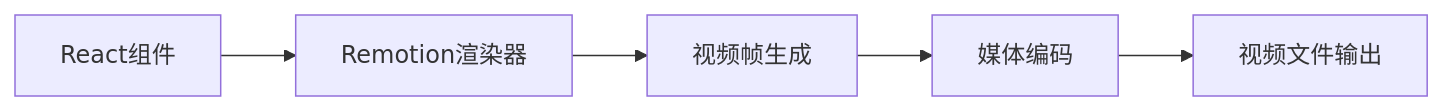
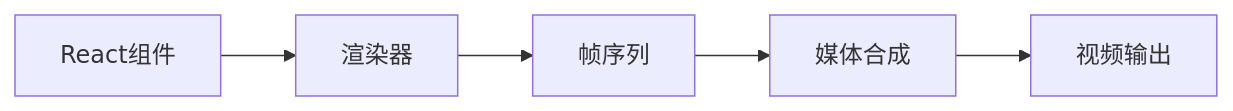
One commit to wayyoungboy/github-trending-reporter changed the first of 7 diagrams in reports/2026/01/2026-01-25.md. Above: the diagram before and after it, drawn with Mermaid. The commit also changed other lines of this file and 1 other file, not shown here.

````diff
--- a/reports/2026/01/2026-01-25.md
+++ b/reports/2026/01/2026-01-25.md
@@ -109,7 +56,7 @@
 ```mermaid
 graph LR
-    A[React组件] --> B[Remotion渲染器]
-    B --> C[视频帧生成]
-    C --> D[媒体编码]
-    D --> E[视频文件输出]
+    A[React组件] --> B[渲染器]
+    B --> C[帧序列]
+    C --> D[媒体合成]
+    D --> E[视频输出]
 ```
````
